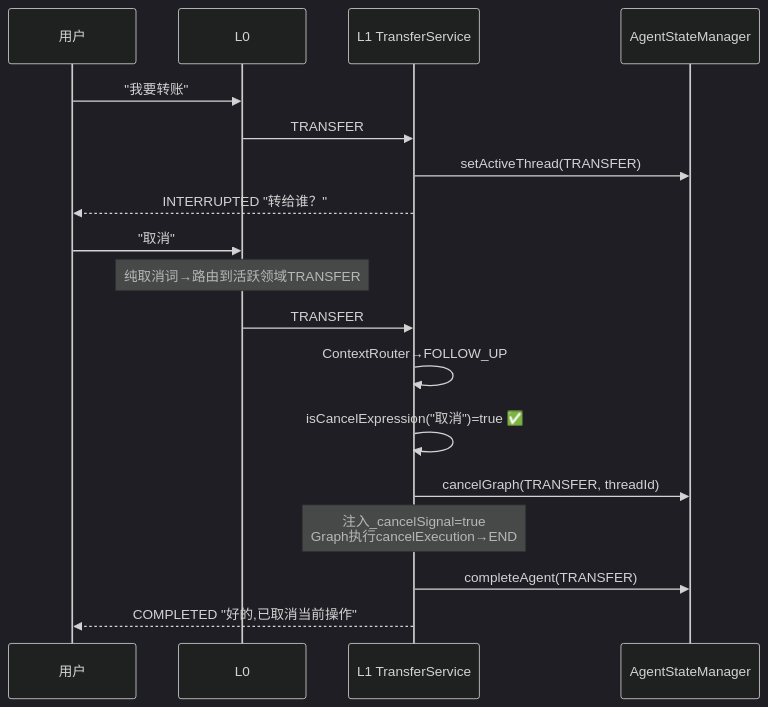
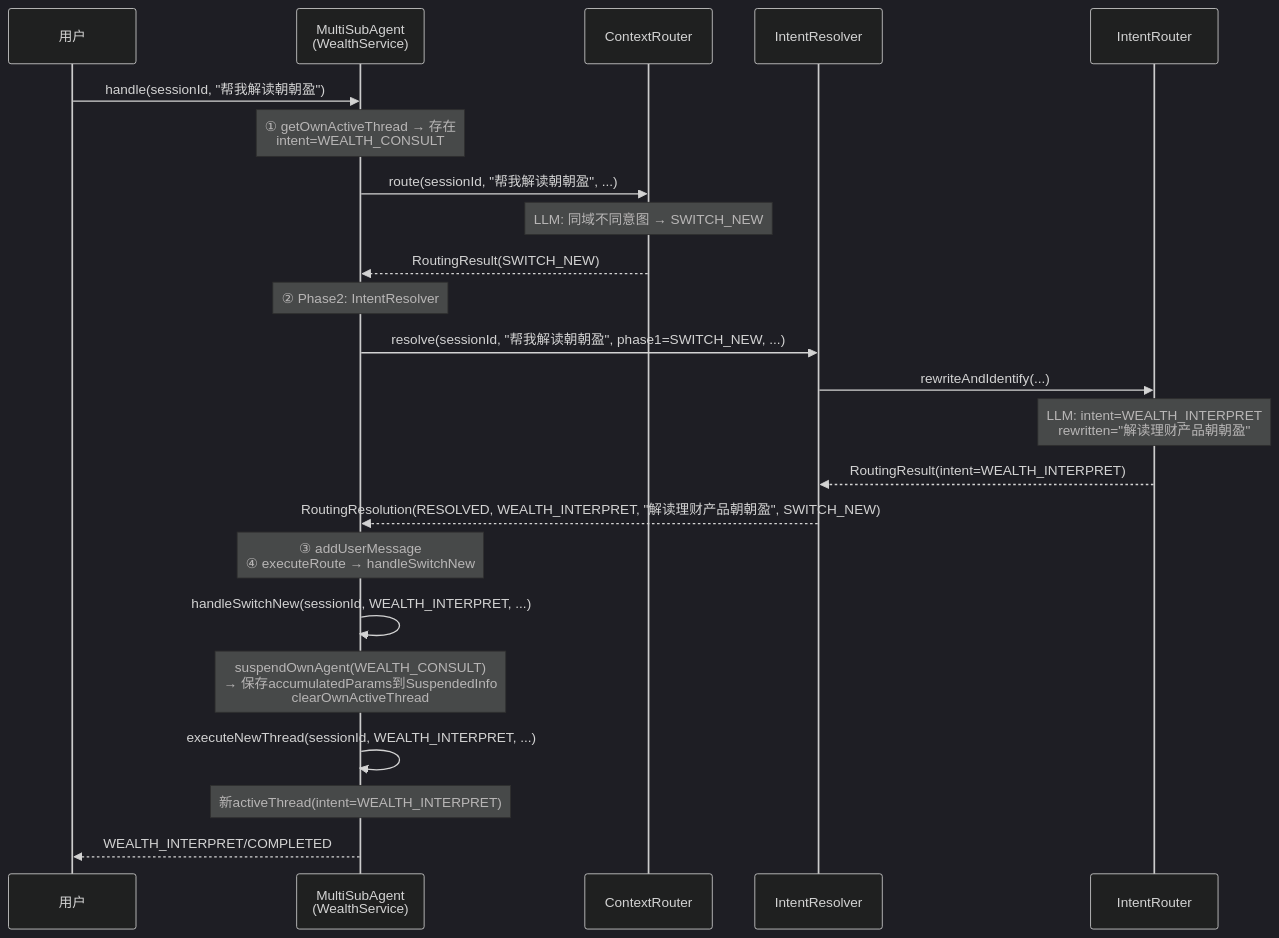
One commit to michael-lin-45/mobile-ai-bank-demo---workbuddy changed the ninth of 17 diagrams in ARCHITECTURE-FULL.md. Above: the diagram before and after it, drawn with Mermaid (dark theme). The commit also changed other lines of this file and 9 other files, not shown here.

````diff
--- a/ARCHITECTURE-FULL.md
+++ b/ARCHITECTURE-FULL.md
@@ -602,22 +588,29 @@
 ```mermaid
 sequenceDiagram
     participant U as 用户
-    participant L0 as L0
-    participant TS as L1 TransferService
-    participant SM as AgentStateManager
+    participant MSAD as MultiSubAgent<br/>(WealthService)
+    participant CR as ContextRouter
+    participant IRes as IntentResolver
+    participant IR as IntentRouter
+
+    U->>MSAD: handle(sessionId, "帮我解读朝朝盈")
     
-    U->>L0: "我要转账"
-    L0->>TS: TRANSFER
-    TS->>SM: setActiveThread(TRANSFER)
-    TS-->>U: INTERRUPTED "转给谁？"
+    Note over MSAD: ① getOwnActiveThread → 存在<br/>intent=WEALTH_CONSULT
+    MSAD->>CR: route(sessionId, "帮我解读朝朝盈", ...)
+    Note over CR: LLM: 同域不同意图 → SWITCH_NEW
+    CR-->>MSAD: RoutingResult(SWITCH_NEW)
     
-    U->>L0: "取消"
-    Note over L0: 纯取消词→路由到活跃领域TRANSFER
-    L0->>TS: TRANSFER
-    TS->>TS: ContextRouter→FOLLOW_UP
-    TS->>TS: isCancelExpression("取消")=true ✅
-    TS->>SM: cancelGraph(TRANSFER, threadId)
-    Note over TS: 注入_cancelSignal=true<br/>Graph执行cancelExecution→END
-    TS->>SM: completeAgent(TRANSFER)
-    TS-->>U: COMPLETED "好的,已取消当前操作"
+    Note over MSAD: ② Phase2: IntentResolver
+    MSAD->>IRes: resolve(sessionId, "帮我解读朝朝盈", phase1=SWITCH_NEW, ...)
+    IRes->>IR: rewriteAndIdentify(...)
+    Note over IR: LLM: intent=WEALTH_INTERPRET<br/>rewritten="解读理财产品朝朝盈"
+    IR-->>IRes: RoutingResult(intent=WEALTH_INTERPRET)
+    IRes-->>MSAD: RoutingResolution(RESOLVED, WEALTH_INTERPRET, "解读理财产品朝朝盈", SWITCH_NEW)
+    
+    Note over MSAD: ③ addUserMessage<br/>④ executeRoute → handleSwitchNew
+    MSAD->>MSAD: handleSwitchNew(sessionId, WEALTH_INTERPRET, ...)
+    Note over MSAD: suspendOwnAgent(WEALTH_CONSULT)<br/>→ 保存accumulatedParams到SuspendedInfo<br/>clearOwnActiveThread
+    MSAD->>MSAD: executeNewThread(sessionId, WEALTH_INTERPRET, ...)
+    Note over MSAD: 新activeThread(intent=WEALTH_INTERPRET)
+    MSAD-->>U: WEALTH_INTERPRET/COMPLETED
 ```
````
